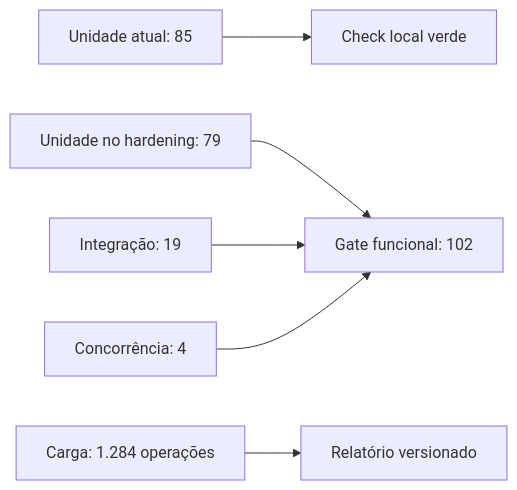
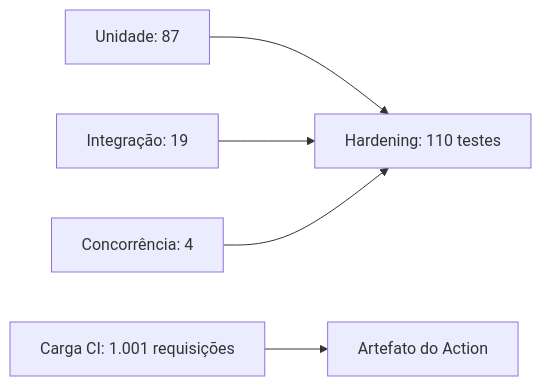
Before and after one commit to renansko/jugle-gaming-test: the seventh of 7 diagrams in evidencias/README.md, drawn with Mermaid. The commit also changed other lines of this file and 11 other files, not shown here.

````diff
--- a/evidencias/README.md
+++ b/evidencias/README.md
@@ -87,8 +88,7 @@
 ```mermaid
 flowchart LR
-    Unit["Unidade atual: 85"] --> Current["Check local verde"]
-    Baseline["Unidade no hardening: 79"] --> Gate["Gate funcional: 102"]
+    Unit["Unidade: 87"] --> Gate["Hardening: 110 testes"]
     Integration["Integração: 19"] --> Gate
     Concurrency["Concorrência: 4"] --> Gate
-    Load["Carga: 1.284 operações"] --> Report["Relatório versionado"]
+    Load["Carga CI: 1.001 requisições"] --> Report["Artefato do Action"]
 ```
````
